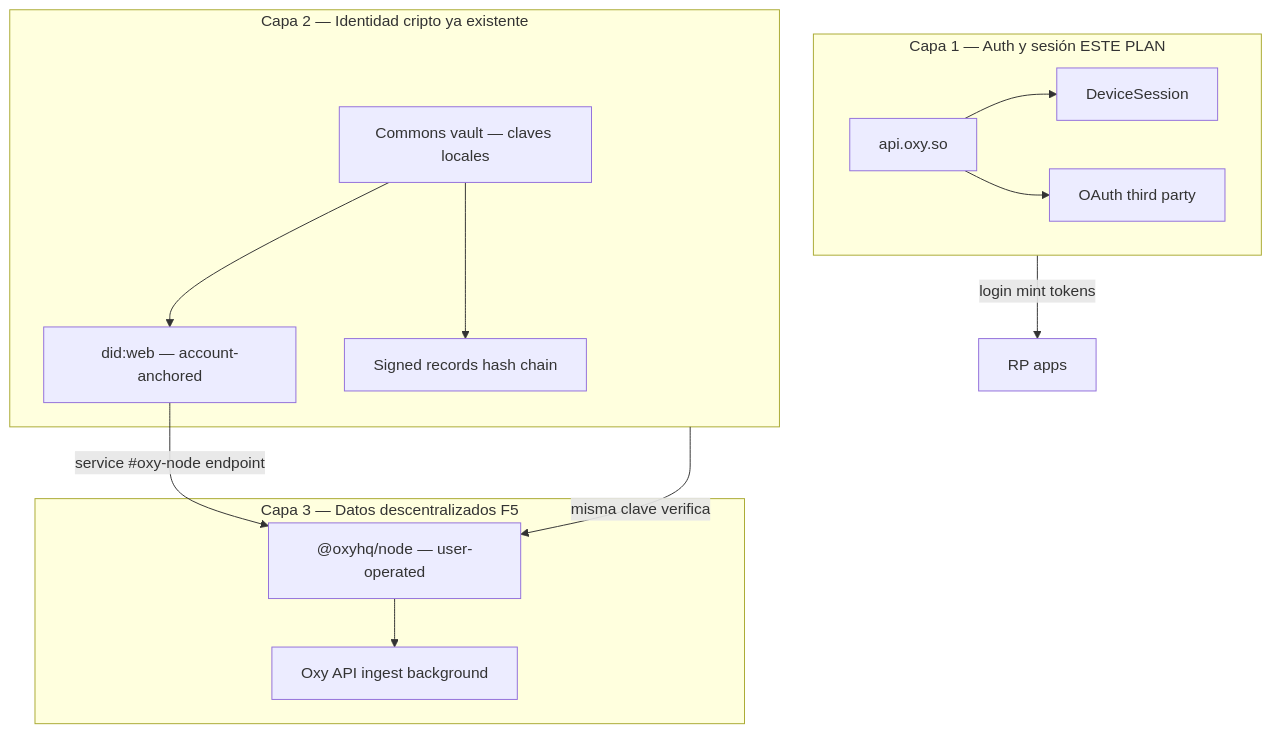
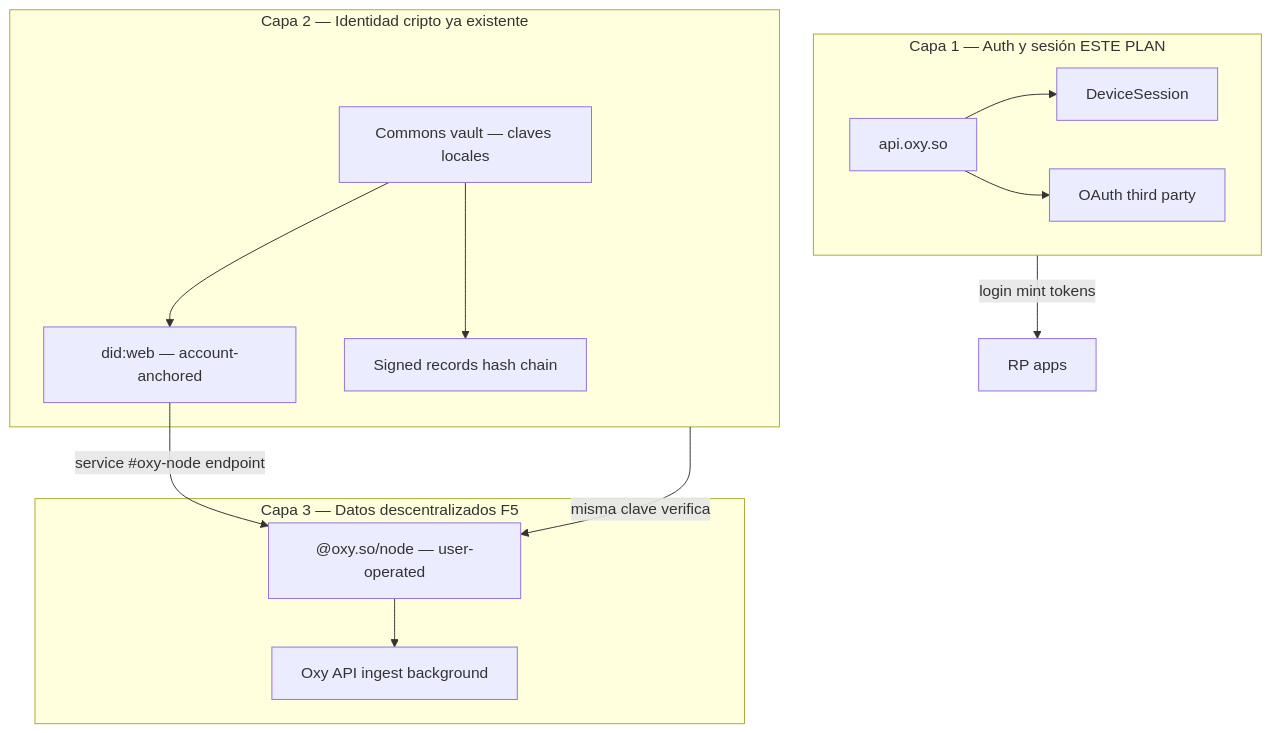
The first of 3 diagrams in docs/architecture/archive/oxy-auth-agent-handoff.md (OxyHQ/oxy), drawn with Mermaid before and after one commit. The commit also changed other lines of this file and 1569 other files, not shown here.

````diff
--- a/docs/architecture/archive/oxy-auth-agent-handoff.md
+++ b/docs/architecture/archive/oxy-auth-agent-handoff.md
@@ -142,28 +142,28 @@
 ```mermaid
 flowchart TB
   subgraph authLayer [Capa 1 — Auth y sesión ESTE PLAN]
     API["api.oxy.so"]
     DS[DeviceSession]
     OAuth[OAuth third party]
     API --> DS
     API --> OAuth
   end
 
   subgraph identityLayer [Capa 2 — Identidad cripto ya existente]
     Commons[Commons vault — claves locales]
     DID["did:web — account-anchored"]
     SR[Signed records hash chain]
     Commons --> DID
     Commons --> SR
   end
 
   subgraph nodeLayer [Capa 3 — Datos descentralizados F5]
-    Node["@oxyhq/node — user-operated"]
+    Node["@oxy.so/node — user-operated"]
     Ingest[Oxy API ingest background]
     Node --> Ingest
   end
 
   authLayer -->|"login mint tokens"| Apps[RP apps]
   identityLayer -->|"misma clave verifica"| Node
   DID -->|"service #oxy-node endpoint"| Node
 ```
````
